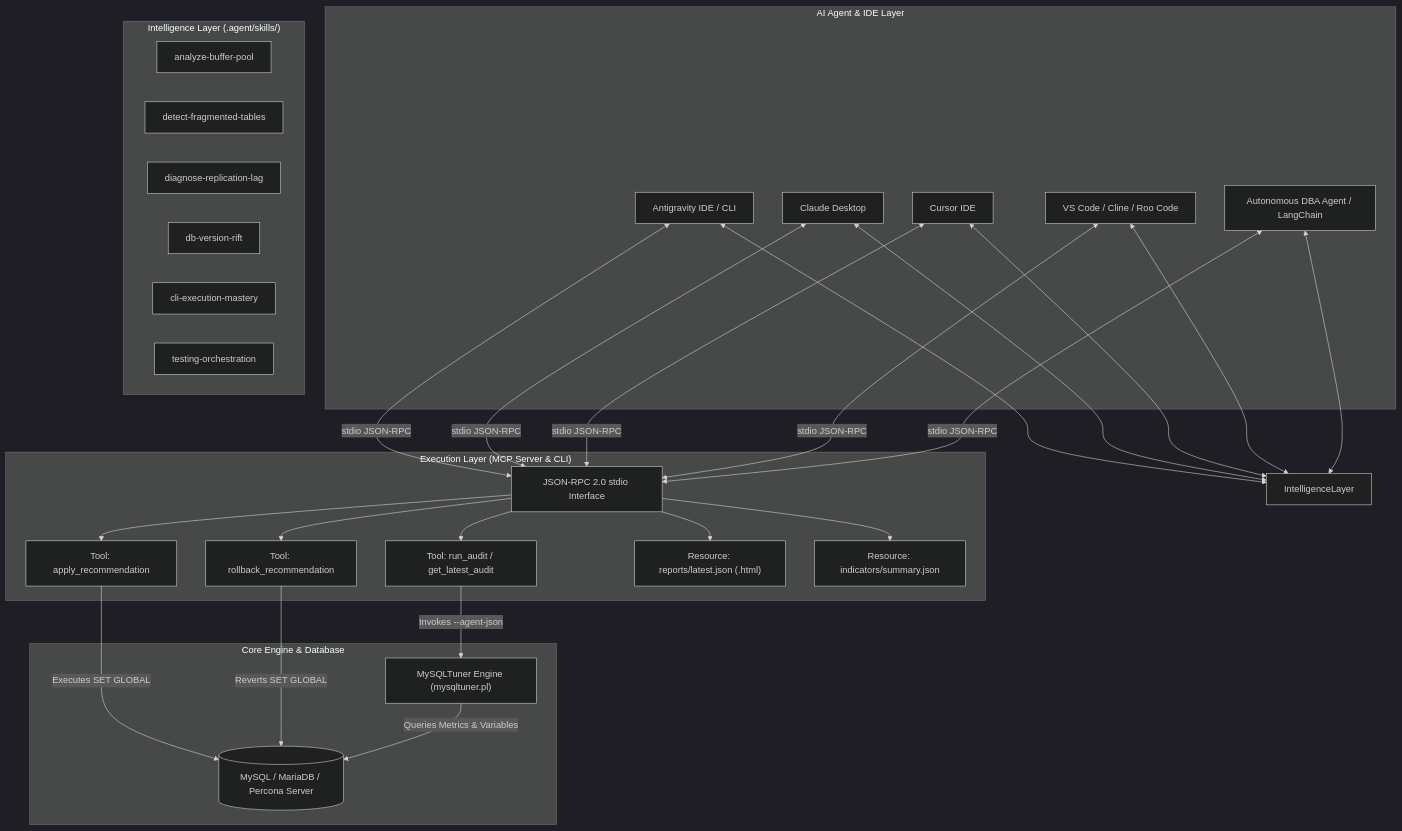
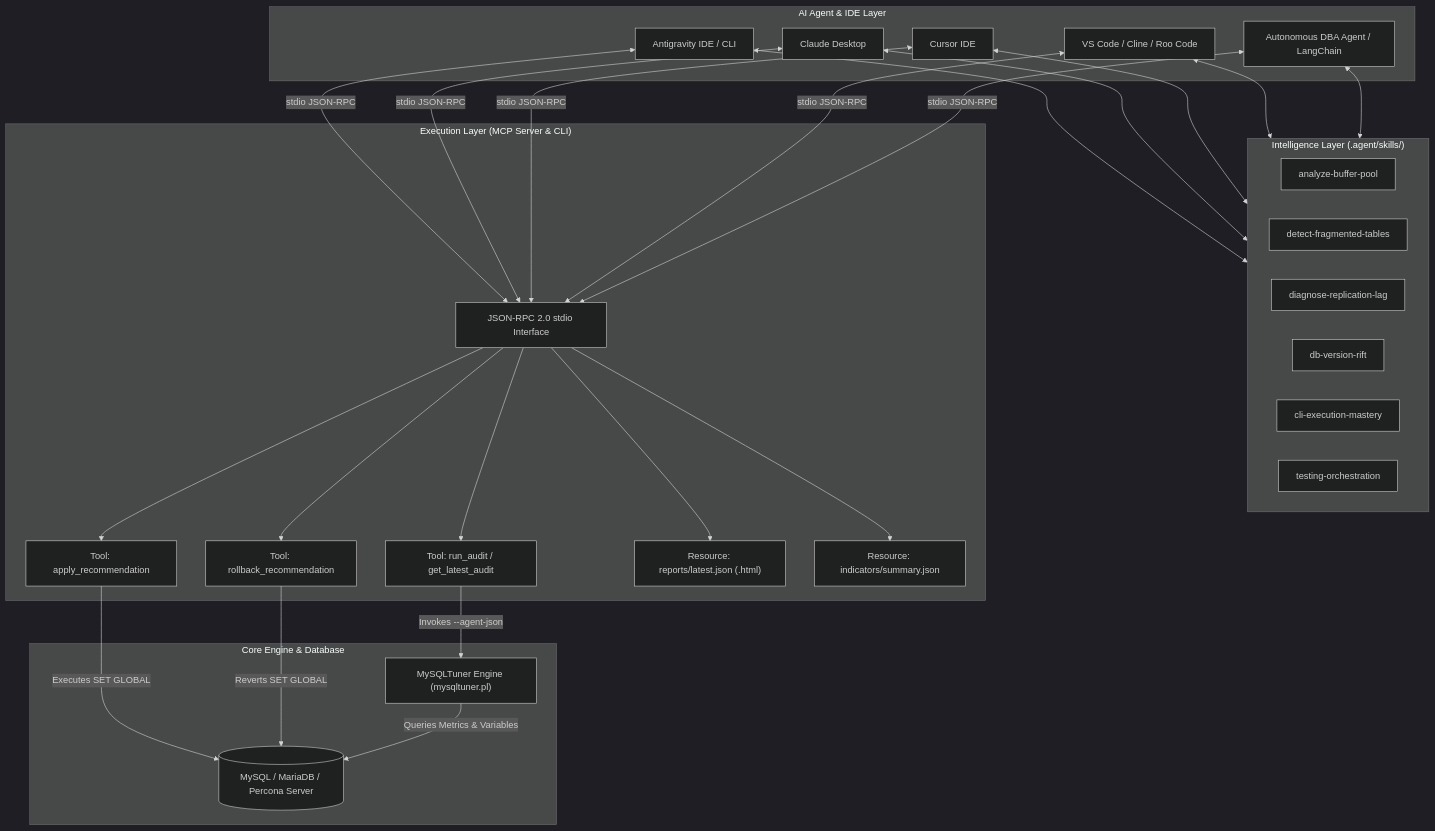
Before and after one commit to major/MySQLTuner-perl: the first of 2 diagrams in AGENT.md, drawn with Mermaid (dark theme). The commit also changed 19 other files, not shown here.

````diff
--- a/AGENT.md
+++ b/AGENT.md
@@ -14,56 +14,56 @@
 ```mermaid
 graph TD
-    subgraph "AI Agent & IDE Layer"
+    subgraph AIAgentLayer["AI Agent & IDE Layer"]
         Antigravity["Antigravity IDE / CLI"]
         Claude["Claude Desktop"]
         Cursor["Cursor IDE"]
         VSCode["VS Code / Cline / Roo Code"]
         CustomAgent["Autonomous DBA Agent / LangChain"]
     end
 
-    subgraph "Intelligence Layer (.agent/skills/)"
+    subgraph IntelligenceLayer["Intelligence Layer (.agent/skills/)"]
         SkillBP["analyze-buffer-pool"]
         SkillFrag["detect-fragmented-tables"]
         SkillRepl["diagnose-replication-lag"]
         SkillRift["db-version-rift"]
         SkillCLI["cli-execution-mastery"]
         SkillTest["testing-orchestration"]
     end
 
-    subgraph "Execution Layer (MCP Server & CLI)"
+    subgraph ExecutionLayer["Execution Layer (MCP Server & CLI)"]
         JSONRPC["JSON-RPC 2.0 stdio Interface"]
         ToolAudit["Tool: run_audit / get_latest_audit"]
         ToolApply["Tool: apply_recommendation"]
         ToolRollback["Tool: rollback_recommendation"]
         ResReport["Resource: reports/latest.json (.html)"]
         ResKPI["Resource: indicators/summary.json"]
     end
 
-    subgraph "Core Engine & Database"
+    subgraph CoreEngine["Core Engine & Database"]
         PerlCore["MySQLTuner Engine (mysqltuner.pl)"]
         TargetDB[("MySQL / MariaDB / Percona Server")]
     end
 
     Antigravity <--> IntelligenceLayer
     Claude <--> IntelligenceLayer
     Cursor <--> IntelligenceLayer
     VSCode <--> IntelligenceLayer
     CustomAgent <--> IntelligenceLayer
 
     Antigravity <-->|stdio JSON-RPC| JSONRPC
     Claude <-->|stdio JSON-RPC| JSONRPC
     Cursor <-->|stdio JSON-RPC| JSONRPC
     VSCode <-->|stdio JSON-RPC| JSONRPC
     CustomAgent <-->|stdio JSON-RPC| JSONRPC
 
     JSONRPC --> ToolAudit
     JSONRPC --> ToolApply
     JSONRPC --> ToolRollback
     JSONRPC --> ResReport
     JSONRPC --> ResKPI
 
     ToolAudit -->|Invokes --agent-json| PerlCore
     ToolApply -->|Executes SET GLOBAL| TargetDB
     ToolRollback -->|Reverts SET GLOBAL| TargetDB
     PerlCore -->|Queries Metrics & Variables| TargetDB
 ```
````
